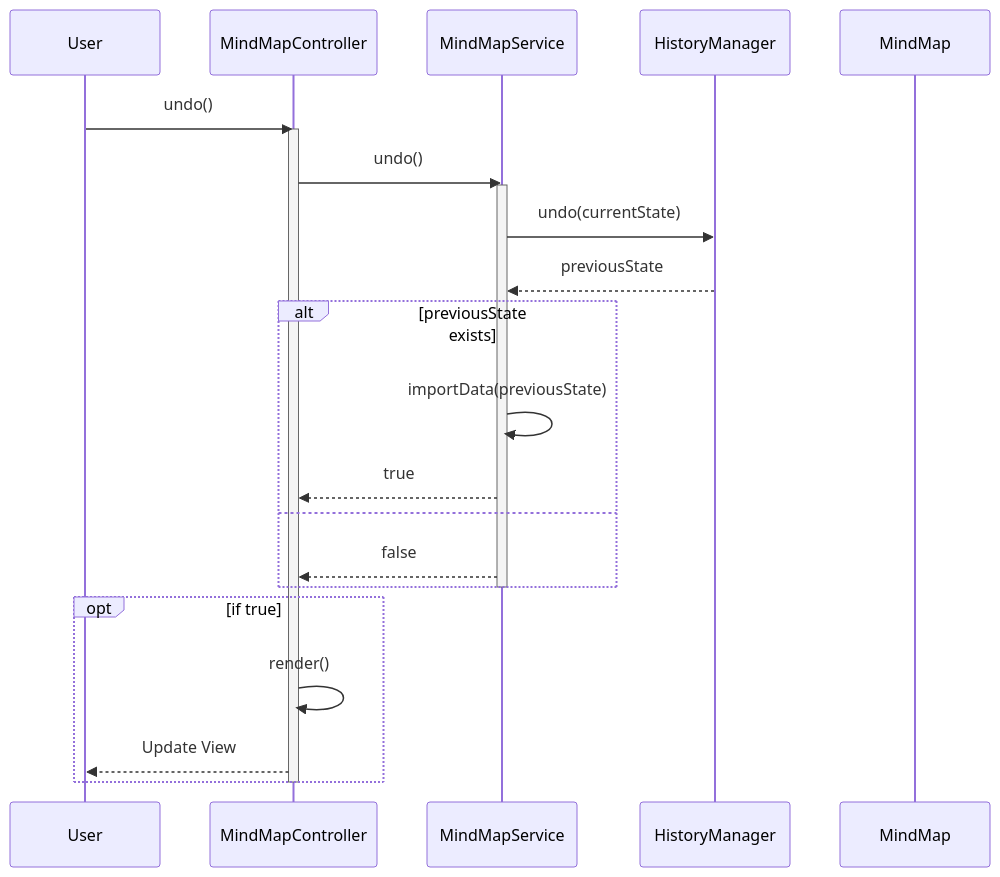
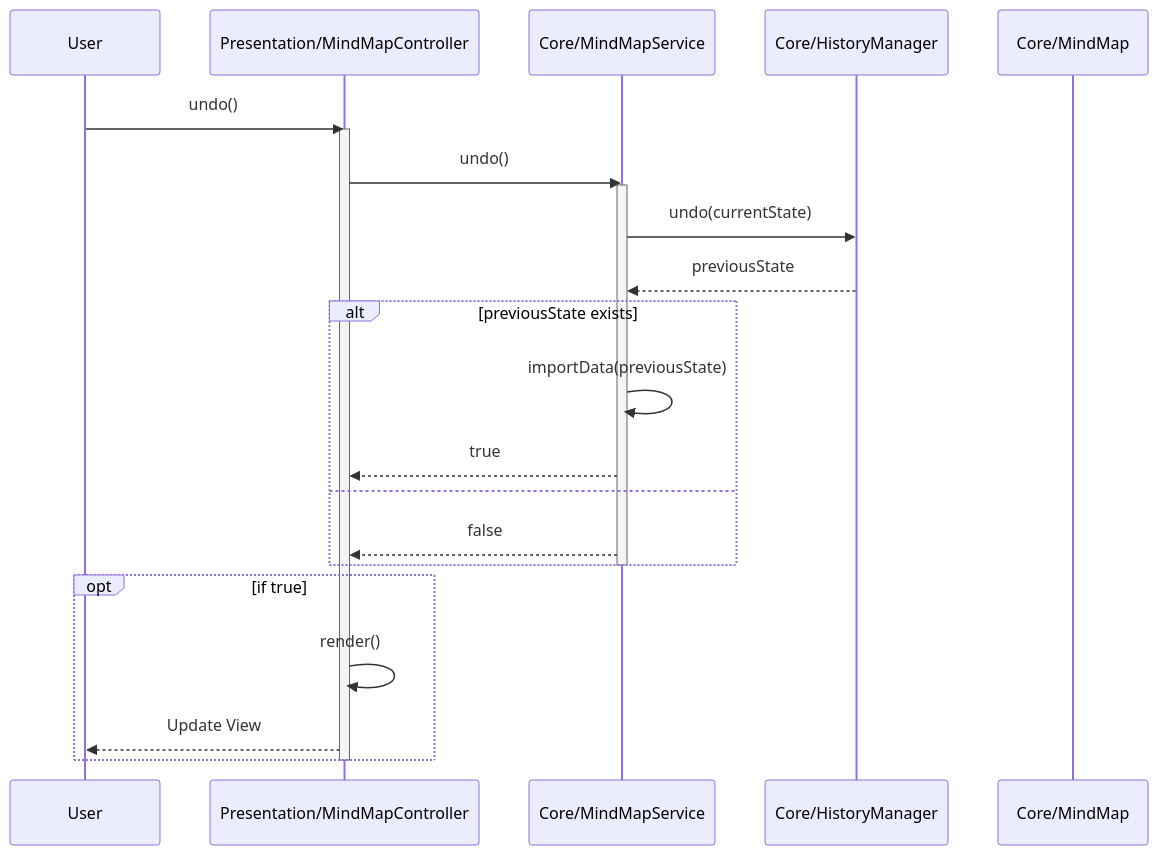
The fourth of 6 diagrams in docs/SOFTWARE_ARCHITECTURE_ja.md (hiroooo000/kakidash), drawn with Mermaid before and after one commit. The commit also changed other lines of this file and 6 other files, not shown here.

Commit message:
docs: update architecture documentation and diagrams for Package by Feature

````diff
--- a/docs/SOFTWARE_ARCHITECTURE_ja.md
+++ b/docs/SOFTWARE_ARCHITECTURE_ja.md
@@ -294,31 +233,31 @@
 ```mermaid
 sequenceDiagram
     participant User
-    participant Controller as MindMapController
-    participant Service as MindMapService
-    participant History as HistoryManager
-    participant Entity as MindMap
+    participant Controller as Presentation/MindMapController
+    participant Service as Core/MindMapService
+    participant History as Core/HistoryManager
+    participant Entity as Core/MindMap
 
     User->>Controller: undo()
     activate Controller
 
     Controller->>Service: undo()
     activate Service
 
     Service->>History: undo(currentState)
     History-->>Service: previousState
 
     alt previousState exists
         Service->>Service: importData(previousState)
         Service-->>Controller: true
     else
         Service-->>Controller: false
     end
     deactivate Service
 
     opt if true
         Controller->>Controller: render()
         Controller-->>User: Update View
     end
     deactivate Controller
 ```
````
